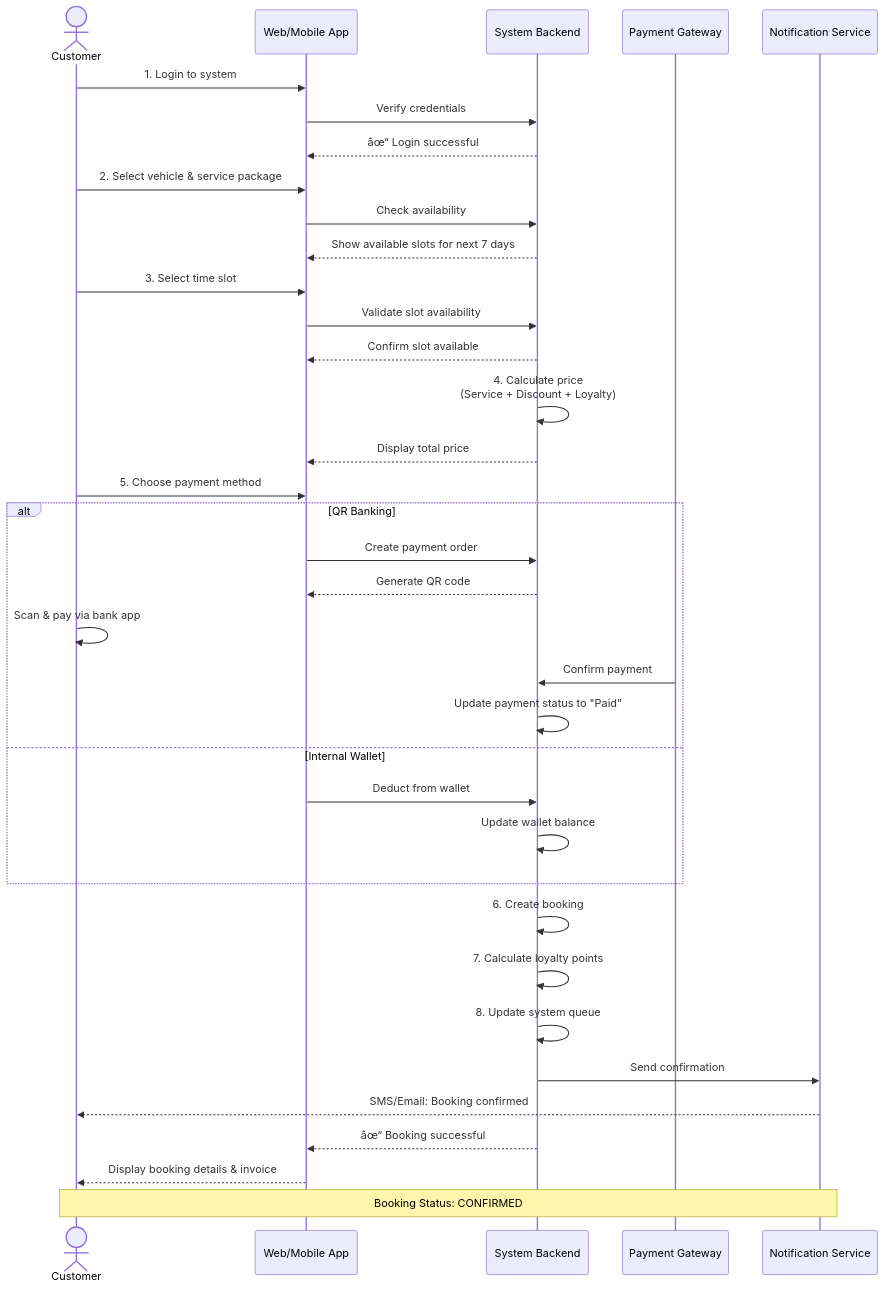
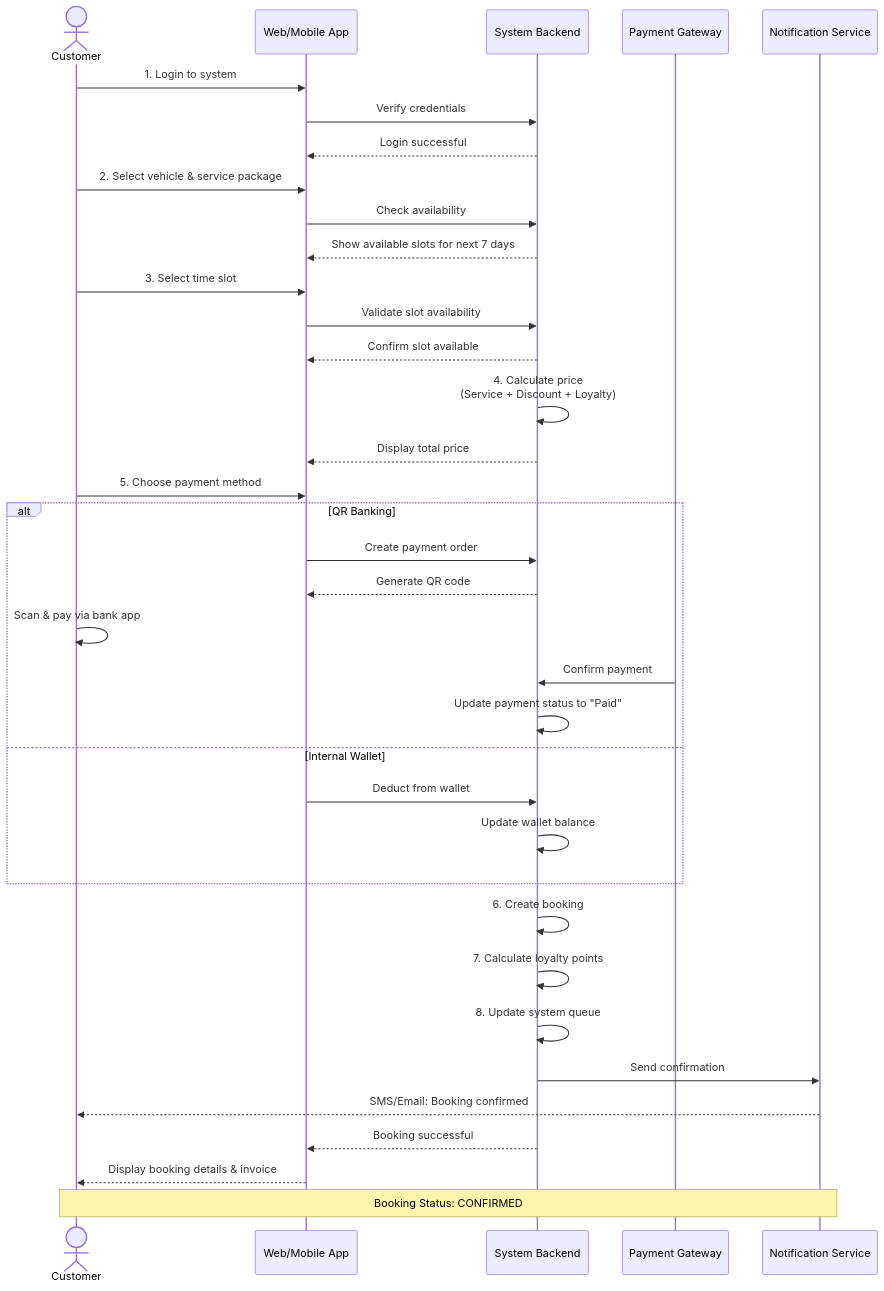
Before and after one commit to nguyenvuanhmy2708-sketch/autowash-pro: the first of 6 diagrams in MAIN_FLOWS.md, drawn with Mermaid. The commit also changed other lines of this file, not shown here.

````diff
--- a/MAIN_FLOWS.md
+++ b/MAIN_FLOWS.md
@@ -5,47 +5,47 @@
 ```mermaid
 sequenceDiagram
     actor Customer
     participant WebApp as Web/Mobile App
     participant Backend as System Backend
     participant PaymentGW as Payment Gateway
     participant Notification as Notification Service
     
     Customer->>WebApp: 1. Login to system
     WebApp->>Backend: Verify credentials
-    Backend-->>WebApp: âœ“ Login successful
+    Backend-->>WebApp:  Login successful
     
     Customer->>WebApp: 2. Select vehicle & service package
     WebApp->>Backend: Check availability
     Backend-->>WebApp: Show available slots for next 7 days
     
     Customer->>WebApp: 3. Select time slot
     WebApp->>Backend: Validate slot availability
     Backend-->>WebApp: Confirm slot available
     
     Backend->>Backend: 4. Calculate price<br/>(Service + Discount + Loyalty)
     Backend-->>WebApp: Display total price
     
     Customer->>WebApp: 5. Choose payment method
     alt QR Banking
         WebApp->>Backend: Create payment order
         Backend-->>WebApp: Generate QR code
         Customer->>Customer: Scan & pay via bank app
         PaymentGW->>Backend: Confirm payment
         Backend->>Backend: Update payment status to "Paid"
     else Internal Wallet
         WebApp->>Backend: Deduct from wallet
         Backend->>Backend: Update wallet balance
     end
     
     Backend->>Backend: 6. Create booking
     Backend->>Backend: 7. Calculate loyalty points
     Backend->>Backend: 8. Update system queue
     
     Backend->>Notification: Send confirmation
     Notification-->>Customer: SMS/Email: Booking confirmed
     
-    Backend-->>WebApp: âœ“ Booking successful
+    Backend-->>WebApp:  Booking successful
     WebApp-->>Customer: Display booking details & invoice
     
     Note over Customer,Notification: Booking Status: CONFIRMED
 ```
````
